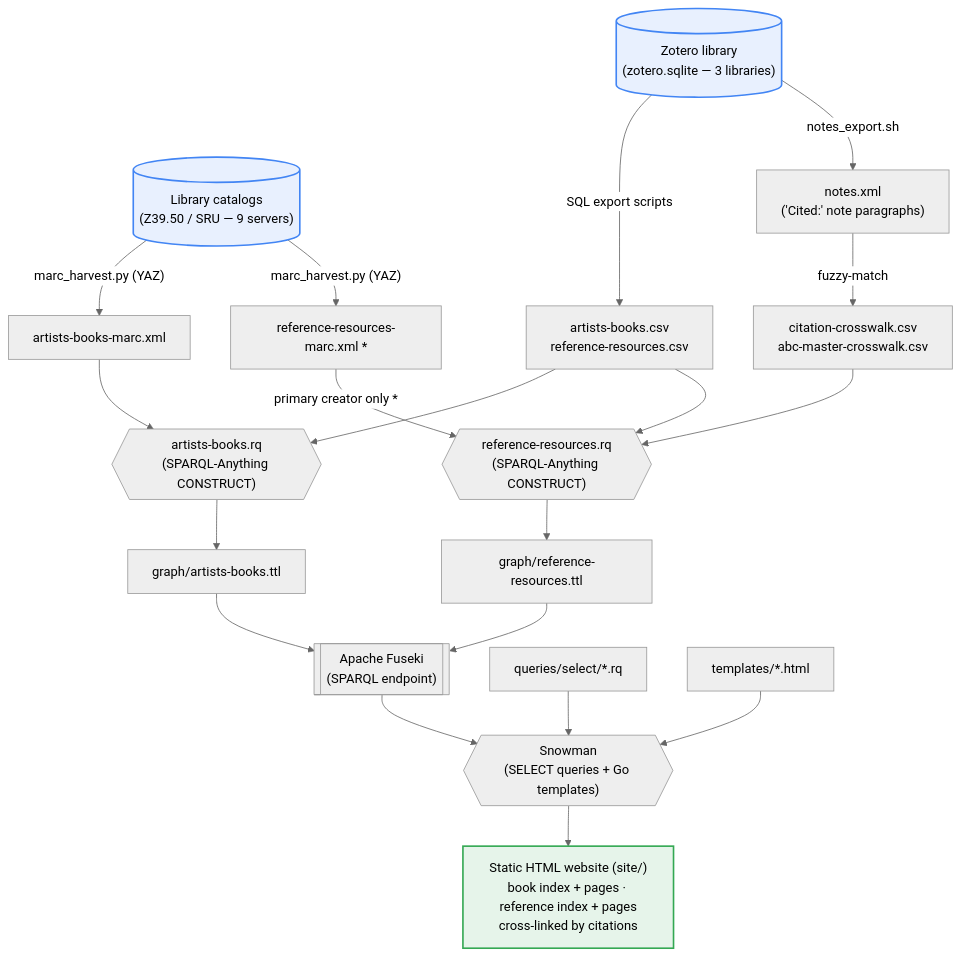
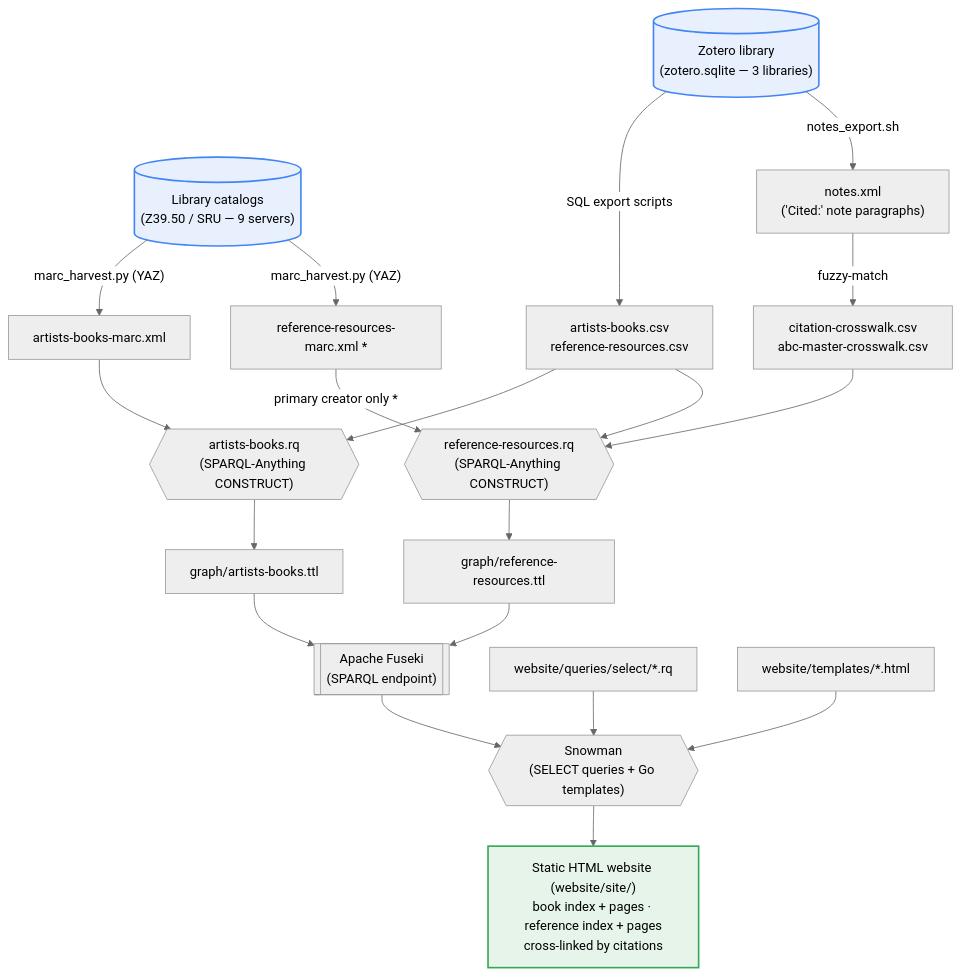
The diagram in docs/PIPELINE.md (dkglab/artists-books), drawn with Mermaid (neutral theme) before and after one commit. The commit also changed 18 other files, not shown here.

First line of the commit message:
chore: move modeling docs to docs/ and snowman site into website/

````diff
--- a/docs/PIPELINE.md
+++ b/docs/PIPELINE.md
@@ -5,57 +5,57 @@
 ```mermaid
 flowchart TD
     %% ---- Inputs ----
     zotero[("Zotero library<br/>(zotero.sqlite — 3 libraries)")]
     catalogs[("Library catalogs<br/>(Z39.50 / SRU — 9 servers)")]
 
     %% ---- Stage 1: source extraction ----
     zotero -->|"SQL export scripts"| csvs["artists-books.csv<br/>reference-resources.csv"]
     zotero -->|"notes_export.sh"| notes["notes.xml<br/>('Cited:' note paragraphs)"]
     notes -->|"fuzzy-match"| crosswalks["citation-crosswalk.csv<br/>abc-master-crosswalk.csv"]
 
     catalogs -->|"marc_harvest.py (YAZ)"| marc["artists-books-marc.xml"]
     catalogs -->|"marc_harvest.py (YAZ)"| refmarc["reference-resources-marc.xml *"]
 
     %% ---- Stage 2: CONSTRUCT queries (SPARQL-Anything) ----
     csvs --> abrq{{"artists-books.rq<br/>(SPARQL-Anything CONSTRUCT)"}}
     marc --> abrq
     csvs --> refrq{{"reference-resources.rq<br/>(SPARQL-Anything CONSTRUCT)"}}
     crosswalks --> refrq
     refmarc -->|"primary creator only *"| refrq
 
     abrq --> abttl["graph/artists-books.ttl"]
     refrq --> refttl["graph/reference-resources.ttl"]
 
     %% ---- Stage 3: graph store ----
     abttl --> fuseki[["Apache Fuseki<br/>(SPARQL endpoint)"]]
     refttl --> fuseki
 
     %% ---- Stage 4: site generation ----
     fuseki --> snowman{{"Snowman<br/>(SELECT queries + Go templates)"}}
-    selects["queries/select/*.rq"] --> snowman
-    templates["templates/*.html"] --> snowman
+    selects["website/queries/select/*.rq"] --> snowman
+    templates["website/templates/*.html"] --> snowman
 
     %% ---- Output ----
-    snowman --> site["Static HTML website (site/)<br/>book index + pages · reference index + pages<br/>cross-linked by citations"]
+    snowman --> site["Static HTML website (website/site/)<br/>book index + pages · reference index + pages<br/>cross-linked by citations"]
 
     %% ---- Clickable links to the README sections that document each stage ----
     %% Absolute URLs: GitHub renders Mermaid in a sandboxed iframe where
     %% relative paths resolve against viewscreen.githubusercontent.com and break.
     click csvs "https://github.com/dkglab/artists-books/blob/main/README.md#1-zotero--csv" "README §1: Zotero → CSV"
     click notes "https://github.com/dkglab/artists-books/blob/main/README.md#1-zotero--csv" "README §1: Zotero → CSV"
     click crosswalks "https://github.com/dkglab/artists-books/blob/main/README.md#1-zotero--csv" "README §1: Zotero → CSV"
     click marc "https://github.com/dkglab/artists-books/blob/main/README.md#2-library-catalogs--marcxml" "README §2: Library catalogs → MARCXML"
     click refmarc "https://github.com/dkglab/artists-books/blob/main/README.md#2-library-catalogs--marcxml" "README §2: Library catalogs → MARCXML"
     click abrq "https://github.com/dkglab/artists-books/blob/main/README.md#3-csv--marcxml--rdf-graph" "README §3: CSV + MARCXML → RDF graph"
     click refrq "https://github.com/dkglab/artists-books/blob/main/README.md#3-csv--marcxml--rdf-graph" "README §3: CSV + MARCXML → RDF graph"
     click abttl "https://github.com/dkglab/artists-books/blob/main/README.md#3-csv--marcxml--rdf-graph" "README §3: CSV + MARCXML → RDF graph"
     click refttl "https://github.com/dkglab/artists-books/blob/main/README.md#3-csv--marcxml--rdf-graph" "README §3: CSV + MARCXML → RDF graph"
     click fuseki "https://github.com/dkglab/artists-books/blob/main/README.md#4-rdf-graph--website" "README §4: RDF graph → website"
     click snowman "https://github.com/dkglab/artists-books/blob/main/README.md#4-rdf-graph--website" "README §4: RDF graph → website"
     click site "https://github.com/dkglab/artists-books/blob/main/README.md#4-rdf-graph--website" "README §4: RDF graph → website"
 
     classDef input fill:#e8f0fe,stroke:#4285f4,stroke-width:2px;
     classDef output fill:#e6f4ea,stroke:#34a853,stroke-width:2px;
     class zotero,catalogs input;
     class site output;
 ```
````
